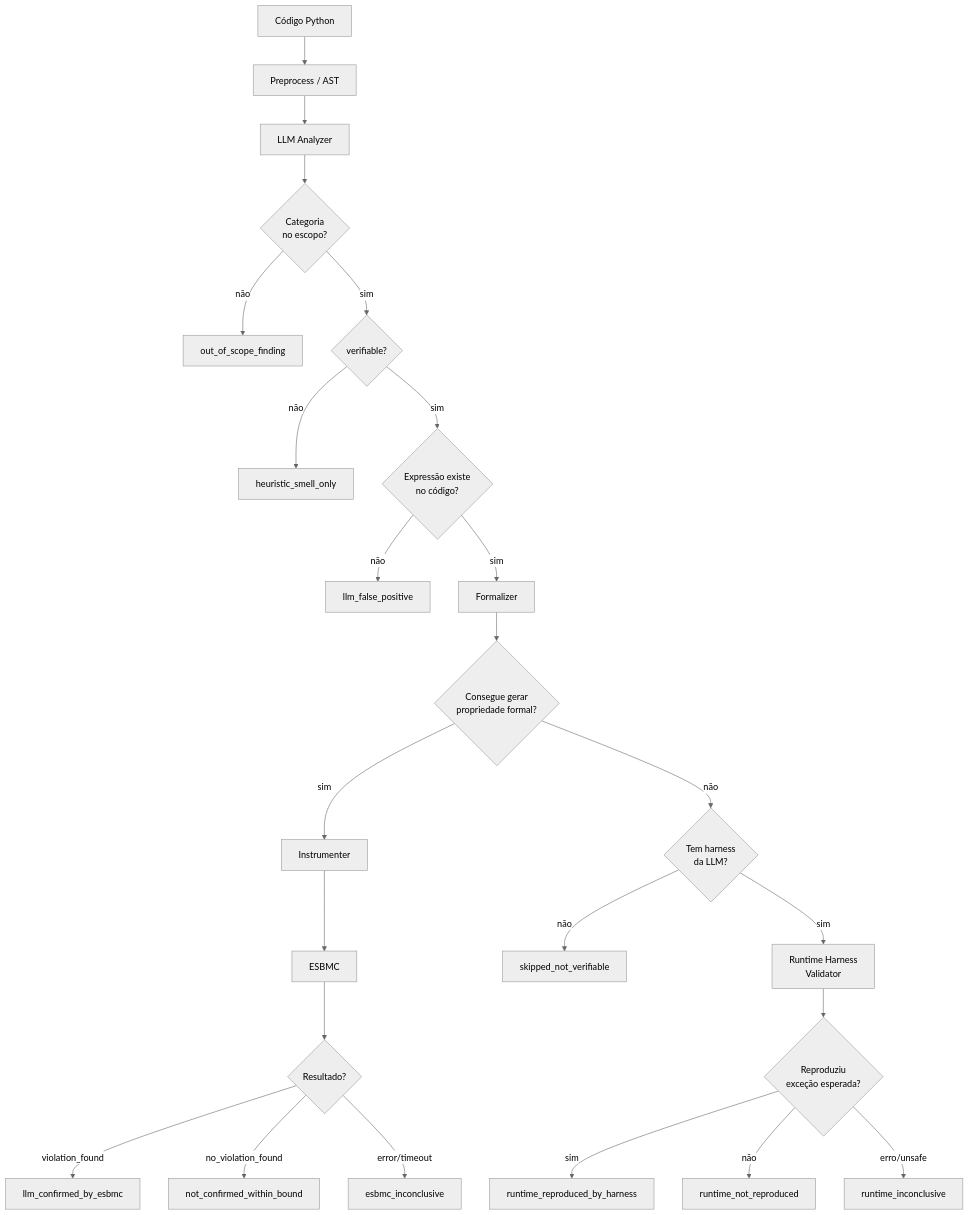
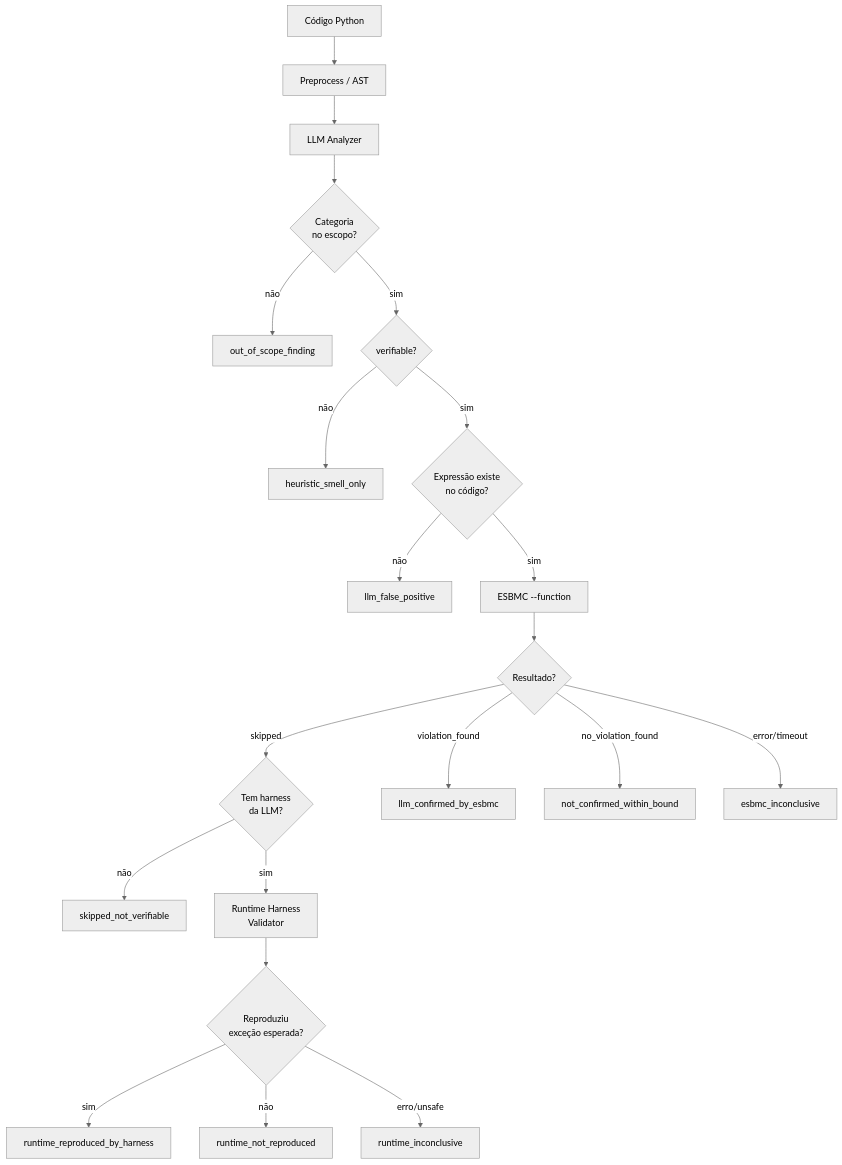
The diagram in docs/architecture.md (feralice/llm-esbmc-pipeline), drawn with Mermaid (neutral theme) before and after one commit. The commit also changed other lines of this file and 38 other files, not shown here.

Commit message:
Pipeline refactoring: using the --function  feature in esbmc to simplify the pipeline. esbmc-only workflow, llm+esbmc, and llm-only

````diff
--- a/docs/architecture.md
+++ b/docs/architecture.md
@@ -7,26 +7,23 @@
 ```mermaid
 graph TD
     A[Código Python] --> B[Preprocess / AST]
     B --> C[LLM Analyzer]
     C --> D{Categoria\nno escopo?}
     D -- não --> OOS[out_of_scope_finding]
     D -- sim --> E{verifiable?}
     E -- não --> SMELL[heuristic_smell_only]
     E -- sim --> F{Expressão existe\nno código?}
     F -- não --> FP[llm_false_positive]
-    F -- sim --> G[Formalizer]
-    G --> H{Consegue gerar\npropriedade formal?}
-    H -- sim --> I[Instrumenter]
-    H -- não --> J{Tem harness\nda LLM?}
+    F -- sim --> G[ESBMC --function]
+    G --> H{Resultado?}
+    H -- skipped --> J{Tem harness\nda LLM?}
     J -- não --> SKIP[skipped_not_verifiable]
     J -- sim --> K[Runtime Harness\nValidator]
     K --> L{Reproduziu\nexceção esperada?}
     L -- sim --> REPR[runtime_reproduced_by_harness]
     L -- não --> NREPR[runtime_not_reproduced]
     L -- erro/unsafe --> RINC[runtime_inconclusive]
-    I --> M[ESBMC]
-    M --> N{Resultado?}
-    N -- violation_found --> CONF[llm_confirmed_by_esbmc]
-    N -- no_violation_found --> NC[not_confirmed_within_bound]
-    N -- error/timeout --> INC[esbmc_inconclusive]
+    H -- violation_found --> CONF[llm_confirmed_by_esbmc]
+    H -- no_violation_found --> NC[not_confirmed_within_bound]
+    H -- error/timeout --> INC[esbmc_inconclusive]
 ```
````
